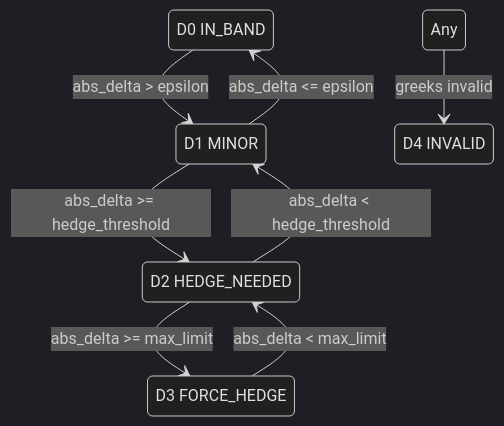
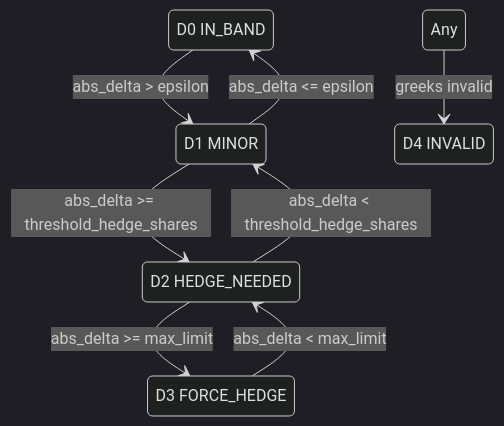
One commit to weitingzhao/bifrost-trader-engine changed the second of 4 diagrams in docs/STATE_SPACE_MAPPING.md. Above: the diagram before and after it, drawn with Mermaid (dark theme). The commit also changed other lines of this file and 13 other files, not shown here.

First line of the commit message:
refactor: threshold_hedge_shares rename, unified config naming, example-based defaults

````diff
--- a/docs/STATE_SPACE_MAPPING.md
+++ b/docs/STATE_SPACE_MAPPING.md
@@ -89,15 +89,15 @@
 ```mermaid
 stateDiagram-v2
   D0: D0 IN_BAND
   D1: D1 MINOR
   D2: D2 HEDGE_NEEDED
   D3: D3 FORCE_HEDGE
   D4: D4 INVALID
   D0 --> D1: abs_delta > epsilon
-  D1 --> D2: abs_delta >= hedge_threshold
+  D1 --> D2: abs_delta >= threshold_hedge_shares
   D2 --> D3: abs_delta >= max_limit
   D1 --> D0: abs_delta <= epsilon
-  D2 --> D1: abs_delta < hedge_threshold
+  D2 --> D1: abs_delta < threshold_hedge_shares
   D3 --> D2: abs_delta < max_limit
   Any --> D4: greeks invalid
 ```
````
